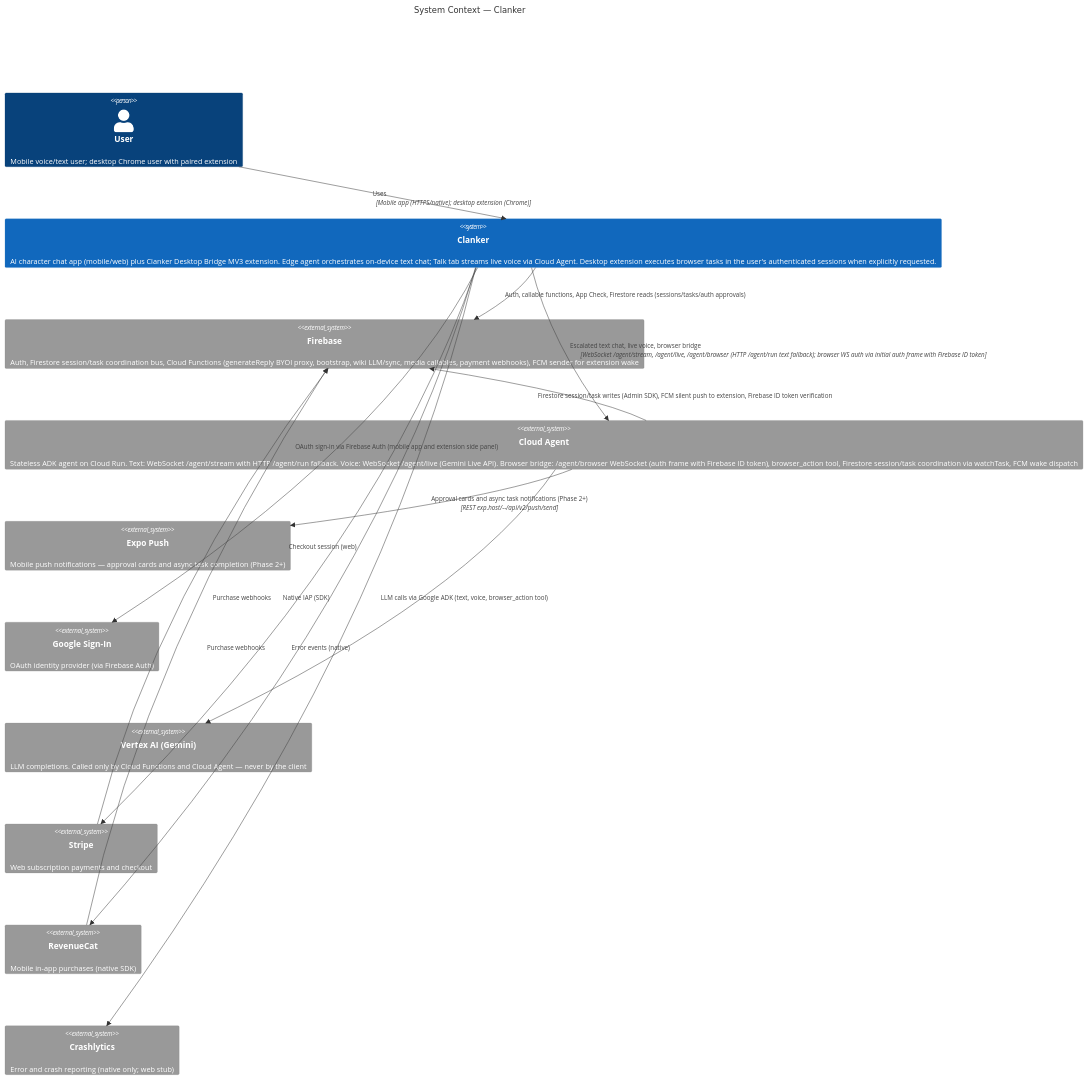
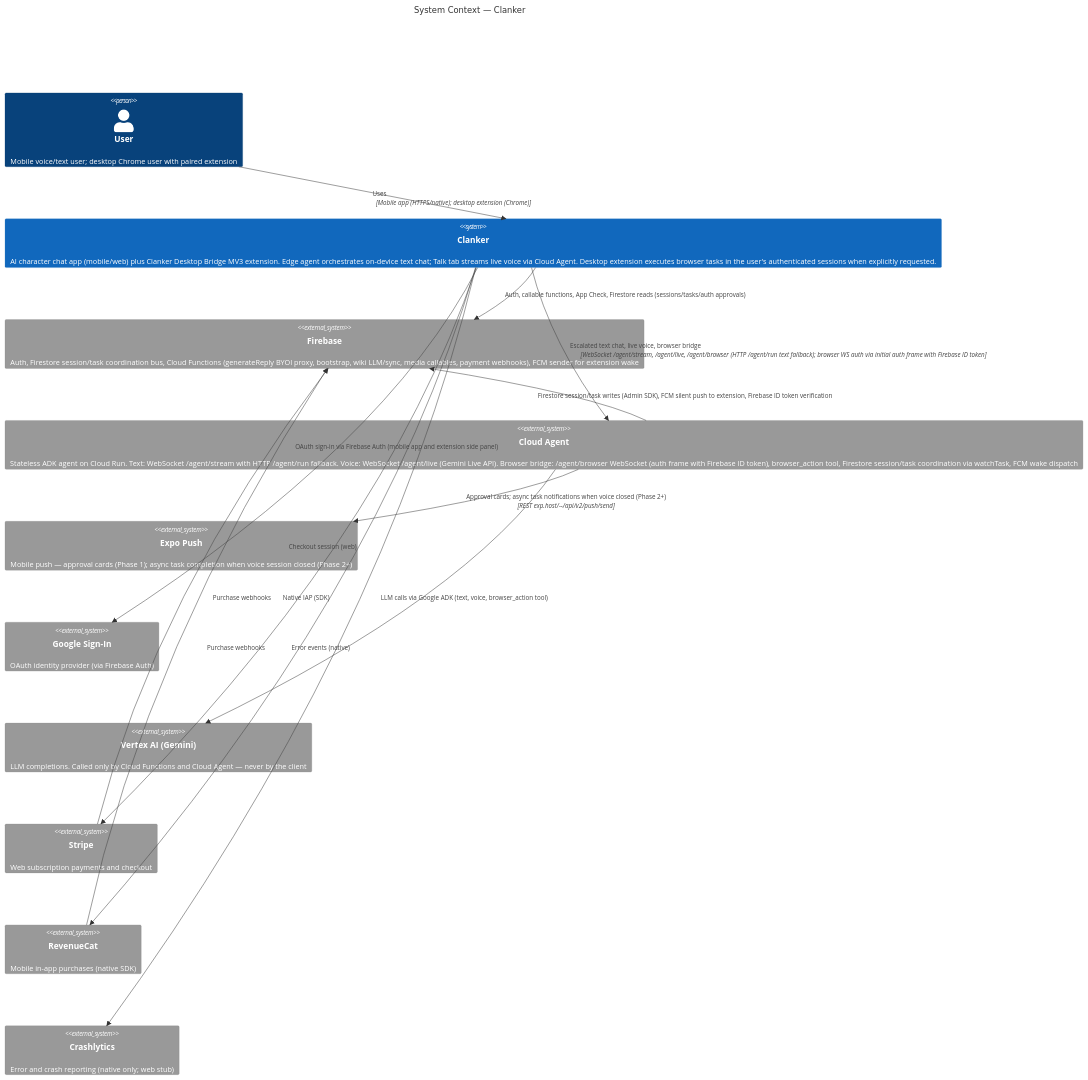
The diagram in docs/flowcharts/c4/system-context.md (equationalapplications/clanker), drawn with Mermaid before and after one commit. The commit also changed other lines of this file and 24 other files, not shown here.

````diff
--- a/docs/flowcharts/c4/system-context.md
+++ b/docs/flowcharts/c4/system-context.md
@@ -5,30 +5,30 @@
 ```mermaid
 C4Context
   title System Context — Clanker
 
   Person(user, "User", "Mobile voice/text user; desktop Chrome user with paired extension")
 
   System(clanker, "Clanker", "AI character chat app (mobile/web) plus Clanker Desktop Bridge MV3 extension. Edge agent orchestrates on-device text chat; Talk tab streams live voice via Cloud Agent. Desktop extension executes browser tasks in the user's authenticated sessions when explicitly requested.")
 
   System_Ext(firebase, "Firebase", "Auth, Firestore session/task coordination bus, Cloud Functions (generateReply BYOI proxy, bootstrap, wiki LLM/sync, media callables, payment webhooks), FCM sender for extension wake")
   System_Ext(cloudagent, "Cloud Agent", "Stateless ADK agent on Cloud Run. Text: WebSocket /agent/stream with HTTP /agent/run fallback. Voice: WebSocket /agent/live (Gemini Live API). Browser bridge: /agent/browser WebSocket (auth frame with Firebase ID token), browser_action tool, Firestore session/task coordination via watchTask, FCM wake dispatch")
-  System_Ext(expo_push, "Expo Push", "Mobile push notifications — approval cards and async task completion (Phase 2+)")
+  System_Ext(expo_push, "Expo Push", "Mobile push — approval cards (Phase 1); async task completion when voice session closed (Phase 2+)")
   System_Ext(google, "Google Sign-In", "OAuth identity provider (via Firebase Auth)")
   System_Ext(gemini, "Vertex AI (Gemini)", "LLM completions. Called only by Cloud Functions and Cloud Agent — never by the client")
   System_Ext(stripe, "Stripe", "Web subscription payments and checkout")
   System_Ext(revenuecat, "RevenueCat", "Mobile in-app purchases (native SDK)")
   System_Ext(crashlytics, "Crashlytics", "Error and crash reporting (native only; web stub)")
 
   Rel(user, clanker, "Uses", "Mobile app (HTTPS/native); desktop extension (Chrome)")
   Rel(clanker, firebase, "Auth, callable functions, App Check, Firestore reads (sessions/tasks/auth approvals)")
   Rel(clanker, cloudagent, "Escalated text chat, live voice, browser bridge", "WebSocket /agent/stream, /agent/live, /agent/browser (HTTP /agent/run text fallback); browser WS auth via initial auth frame with Firebase ID token")
   Rel(clanker, google, "OAuth sign-in via Firebase Auth (mobile app and extension side panel)")
   Rel(clanker, stripe, "Checkout session (web)")
   Rel(clanker, revenuecat, "Native IAP (SDK)")
   Rel(clanker, crashlytics, "Error events (native)")
   Rel(stripe, firebase, "Purchase webhooks")
   Rel(revenuecat, firebase, "Purchase webhooks")
   Rel(cloudagent, firebase, "Firestore session/task writes (Admin SDK), FCM silent push to extension, Firebase ID token verification")
-  Rel(cloudagent, expo_push, "Approval cards and async task notifications (Phase 2+)", "REST exp.host/--/api/v2/push/send")
+  Rel(cloudagent, expo_push, "Approval cards; async task notifications when voice closed (Phase 2+)", "REST exp.host/--/api/v2/push/send")
   Rel(cloudagent, gemini, "LLM calls via Google ADK (text, voice, browser_action tool)")
 ```
````
